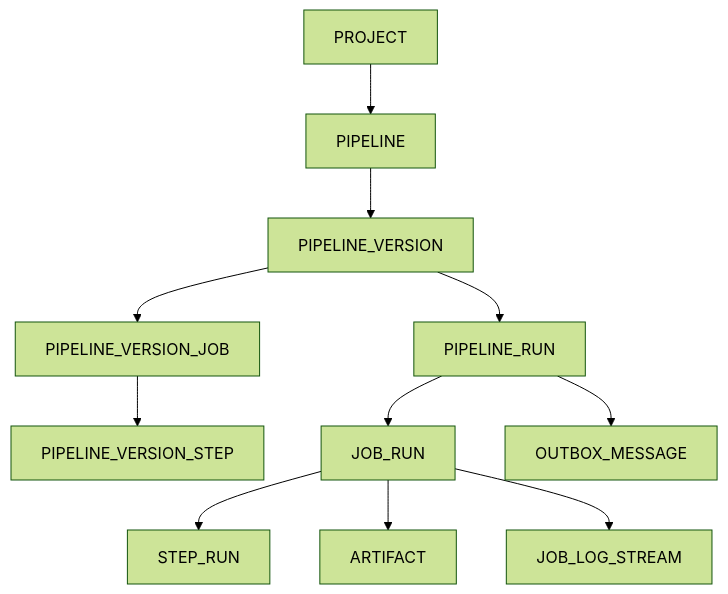
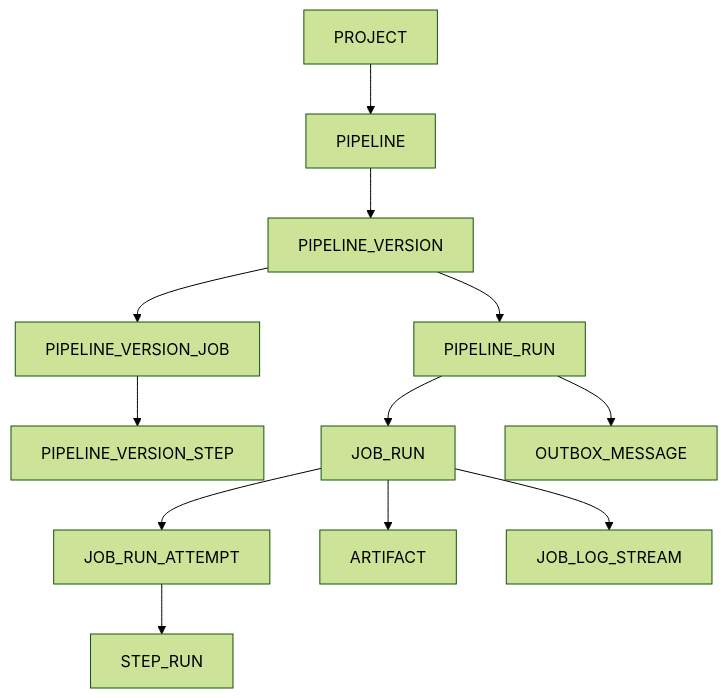
One commit to Rustkins-Project/RustkinsDocs changed the diagram in docs/architecture/data-model/10-data-model-reference.md. Above: the diagram before and after it, drawn with Mermaid (forest theme). The commit also changed other lines of this file and 7 other files, not shown here.

````diff
--- a/docs/architecture/data-model/10-data-model-reference.md
+++ b/docs/architecture/data-model/10-data-model-reference.md
@@ -30,17 +30,18 @@
 ``` mermaid
 flowchart TD
 
 PROJECT --> PIPELINE
 PIPELINE --> PIPELINE_VERSION
 PIPELINE_VERSION --> PIPELINE_RUN
 
 PIPELINE_VERSION --> PIPELINE_VERSION_JOB
 PIPELINE_VERSION_JOB --> PIPELINE_VERSION_STEP
 
 PIPELINE_RUN --> JOB_RUN
-JOB_RUN --> STEP_RUN
+JOB_RUN --> JOB_RUN_ATTEMPT
+JOB_RUN_ATTEMPT --> STEP_RUN
 
 JOB_RUN --> ARTIFACT
 JOB_RUN --> JOB_LOG_STREAM
 PIPELINE_RUN --> OUTBOX_MESSAGE
 ```
````
